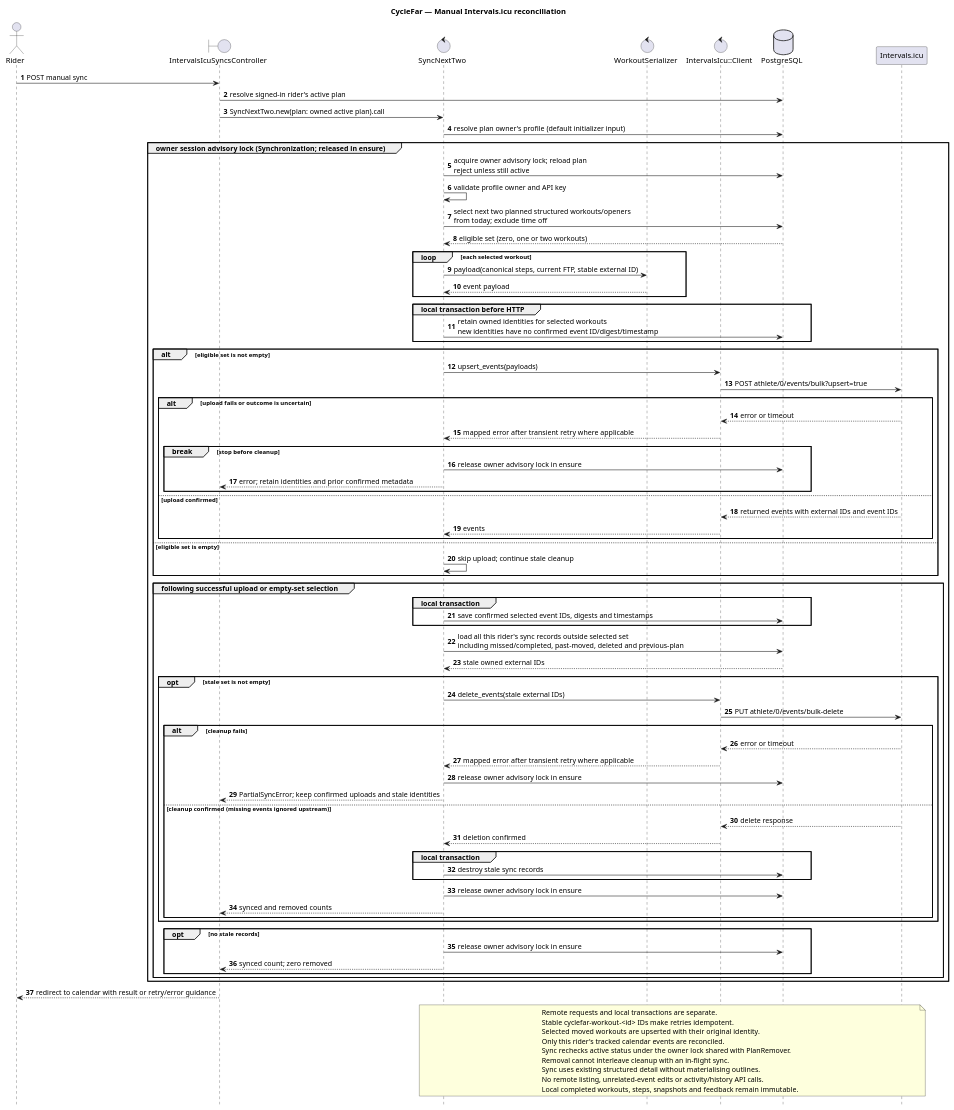
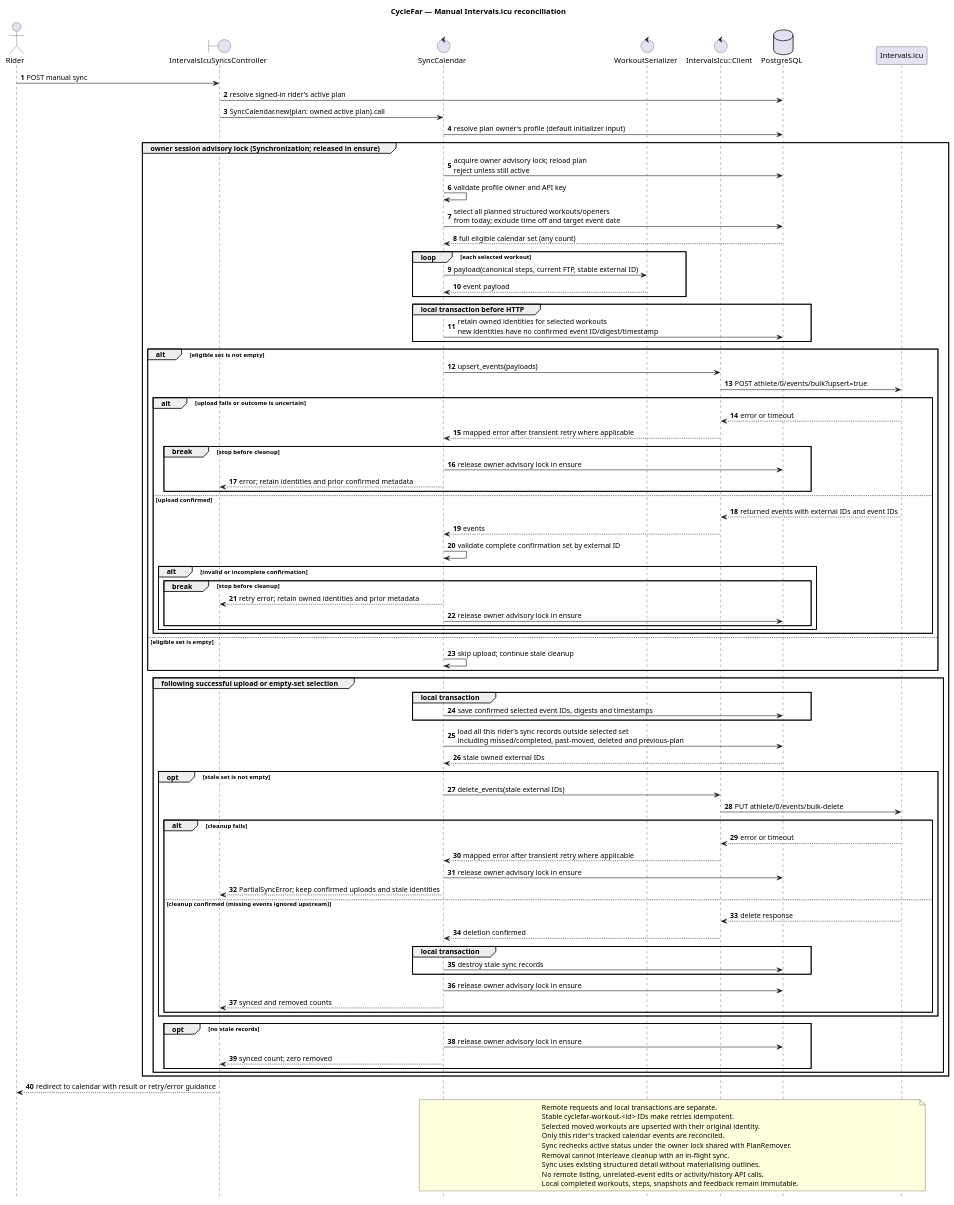
The diagram in docs/diagrams/sequence-cyclefar-intervals-icu-sync.puml (richardhartme/cyclefar), drawn with PlantUML before and after one commit. The commit also changed 26 other files, not shown here.

Commit message:
CYF-82 Sync all upcoming structured calendar workouts

```diff
--- a/docs/diagrams/sequence-cyclefar-intervals-icu-sync.puml
+++ b/docs/diagrams/sequence-cyclefar-intervals-icu-sync.puml
@@ -1,93 +1,100 @@
 @startuml
 title CycleFar — Manual Intervals.icu reconciliation
 
 autonumber
 hide footbox
 
 actor Rider
 boundary "IntervalsIcuSyncsController" as Controller
-control "SyncNextTwo" as Sync
+control "SyncCalendar" as Sync
 control "WorkoutSerializer" as Serializer
 control "IntervalsIcu::Client" as Client
 database "PostgreSQL" as Database
 participant "Intervals.icu" as Remote
 
 Rider -> Controller: POST manual sync
 Controller -> Database: resolve signed-in rider's active plan
-Controller -> Sync: SyncNextTwo.new(plan: owned active plan).call
+Controller -> Sync: SyncCalendar.new(plan: owned active plan).call
 Sync -> Database: resolve plan owner's profile (default initializer input)
 group owner session advisory lock (Synchronization; released in ensure)
 Sync -> Database: acquire owner advisory lock; reload plan\nreject unless still active
 Sync -> Sync: validate profile owner and API key
-Sync -> Database: select next two planned structured workouts/openers\nfrom today; exclude time off
-Database --> Sync: eligible set (zero, one or two workouts)
+Sync -> Database: select all planned structured workouts/openers\nfrom today; exclude time off and target event date
+Database --> Sync: full eligible calendar set (any count)
 loop each selected workout
   Sync -> Serializer: payload(canonical steps, current FTP, stable external ID)
   Serializer --> Sync: event payload
 end
 group local transaction before HTTP
   Sync -> Database: retain owned identities for selected workouts\nnew identities have no confirmed event ID/digest/timestamp
 end
 
 alt eligible set is not empty
   Sync -> Client: upsert_events(payloads)
   Client -> Remote: POST athlete/0/events/bulk?upsert=true
   alt upload fails or outcome is uncertain
     Remote --> Client: error or timeout
     Client --> Sync: mapped error after transient retry where applicable
     break stop before cleanup
       Sync -> Database: release owner advisory lock in ensure
       Sync --> Controller: error; retain identities and prior confirmed metadata
     end
   else upload confirmed
     Remote --> Client: returned events with external IDs and event IDs
     Client --> Sync: events
+    Sync -> Sync: validate complete confirmation set by external ID
+    alt invalid or incomplete confirmation
+      break stop before cleanup
+        Sync --> Controller: retry error; retain owned identities and prior metadata
+        Sync -> Database: release owner advisory lock in ensure
+      end
+    end
   end
 else eligible set is empty
   Sync -> Sync: skip upload; continue stale cleanup
 end
 
 group following successful upload or empty-set selection
   group local transaction
     Sync -> Database: save confirmed selected event IDs, digests and timestamps
   end
   Sync -> Database: load all this rider's sync records outside selected set\nincluding missed/completed, past-moved, deleted and previous-plan
   Database --> Sync: stale owned external IDs
   opt stale set is not empty
     Sync -> Client: delete_events(stale external IDs)
     Client -> Remote: PUT athlete/0/events/bulk-delete
     alt cleanup fails
       Remote --> Client: error or timeout
       Client --> Sync: mapped error after transient retry where applicable
       Sync -> Database: release owner advisory lock in ensure
       Sync --> Controller: PartialSyncError; keep confirmed uploads and stale identities
     else cleanup confirmed (missing events ignored upstream)
       Remote --> Client: delete response
       Client --> Sync: deletion confirmed
       group local transaction
         Sync -> Database: destroy stale sync records
       end
       Sync -> Database: release owner advisory lock in ensure
       Sync --> Controller: synced and removed counts
     end
   end
   opt no stale records
     Sync -> Database: release owner advisory lock in ensure
     Sync --> Controller: synced count; zero removed
   end
 end
 end
 Controller --> Rider: redirect to calendar with result or retry/error guidance
 
 note over Sync, Remote
   Remote requests and local transactions are separate.
   Stable cyclefar-workout-<id> IDs make retries idempotent.
   Selected moved workouts are upserted with their original identity.
   Only this rider's tracked calendar events are reconciled.
   Sync rechecks active status under the owner lock shared with PlanRemover.
   Removal cannot interleave cleanup with an in-flight sync.
   Sync uses existing structured detail without materialising outlines.
   No remote listing, unrelated-event edits or activity/history API calls.
   Local completed workouts, steps, snapshots and feedback remain immutable.
 end note
 @enduml
```
